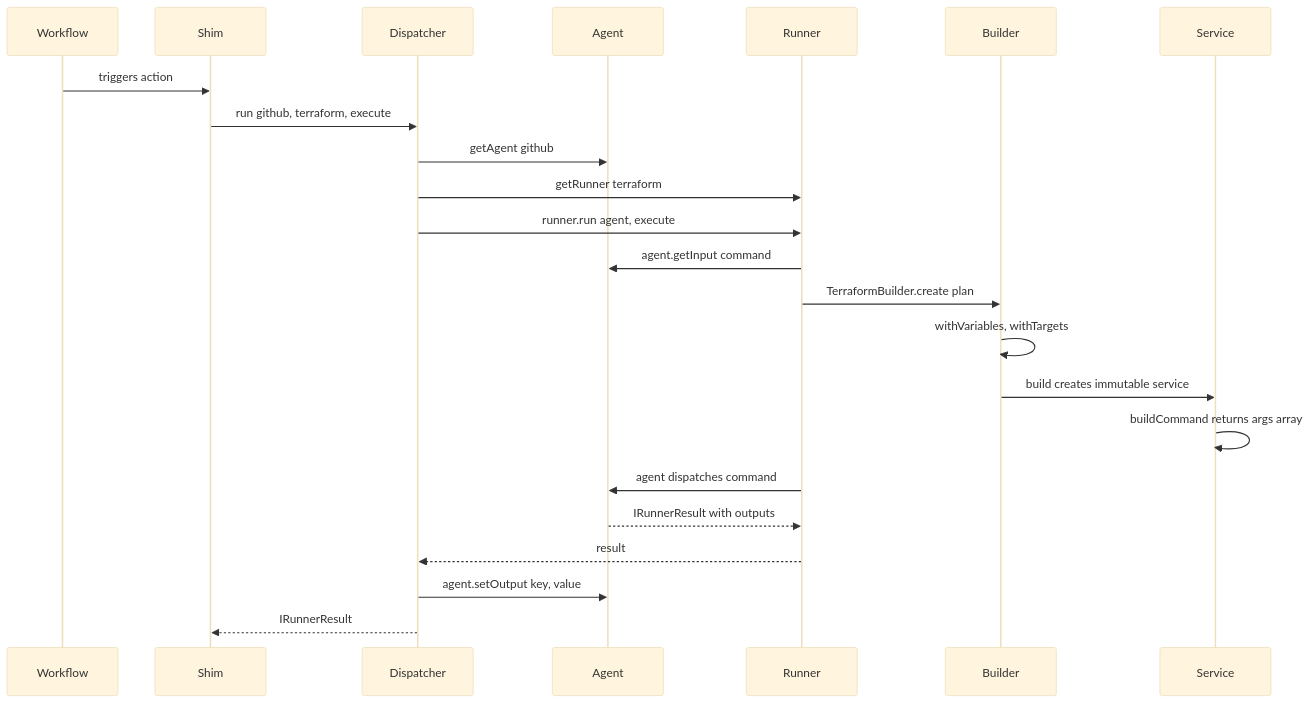
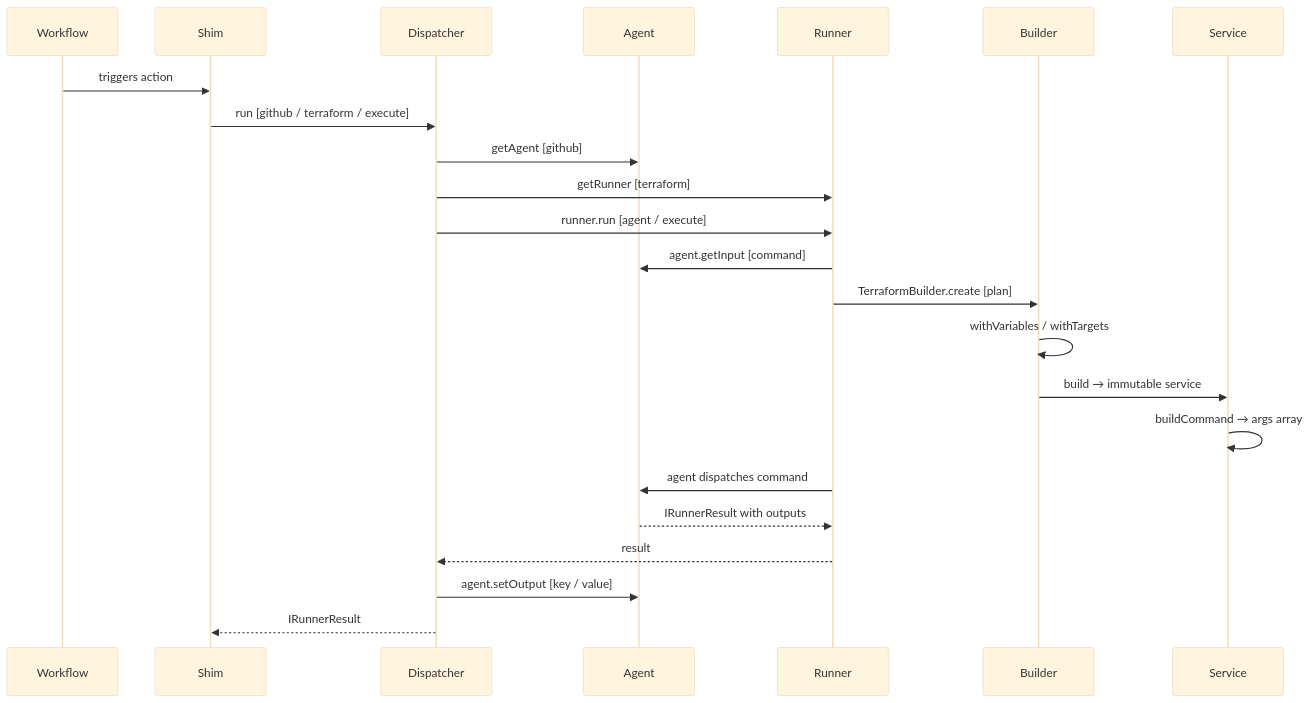
Before and after one commit to elioetibr/actions: the second of 2 diagrams in README.md, drawn with Mermaid (base theme). The commit also changed other lines of this file, not shown here.

First line of the commit message:
docs: fix mermaid diagram rendering in README [skip ci]

````diff
--- a/README.md
+++ b/README.md
@@ -75,26 +80,26 @@
 ```mermaid
 sequenceDiagram
   participant W as Workflow
   participant S as Shim
   participant L as Dispatcher
   participant A as Agent
   participant R as Runner
   participant B as Builder
   participant SV as Service
 
-  W->>S: triggers action
-  S->>L: run github, terraform, execute
-  L->>A: getAgent github
-  L->>R: getRunner terraform
-  L->>R: runner.run agent, execute
-  R->>A: agent.getInput command
-  R->>B: TerraformBuilder.create plan
-  B->>B: withVariables, withTargets
-  B->>SV: build creates immutable service
-  SV->>SV: buildCommand returns args array
-  R->>A: agent dispatches command
-  A-->>R: IRunnerResult with outputs
-  R-->>L: result
-  L->>A: agent.setOutput key, value
-  L-->>S: IRunnerResult
+  W ->> S: triggers action
+  S ->> L: run [github / terraform / execute]
+  L ->> A: getAgent [github]
+  L ->> R: getRunner [terraform]
+  L ->> R: runner.run [agent / execute]
+  R ->> A: agent.getInput [command]
+  R ->> B: TerraformBuilder.create [plan]
+  B ->> B: withVariables / withTargets
+  B ->> SV: build → immutable service
+  SV ->> SV: buildCommand → args array
+  R ->> A: agent dispatches command
+  A -->> R: IRunnerResult with outputs
+  R -->> L: result
+  L ->> A: agent.setOutput [key / value]
+  L -->> S: IRunnerResult
 ```
````
